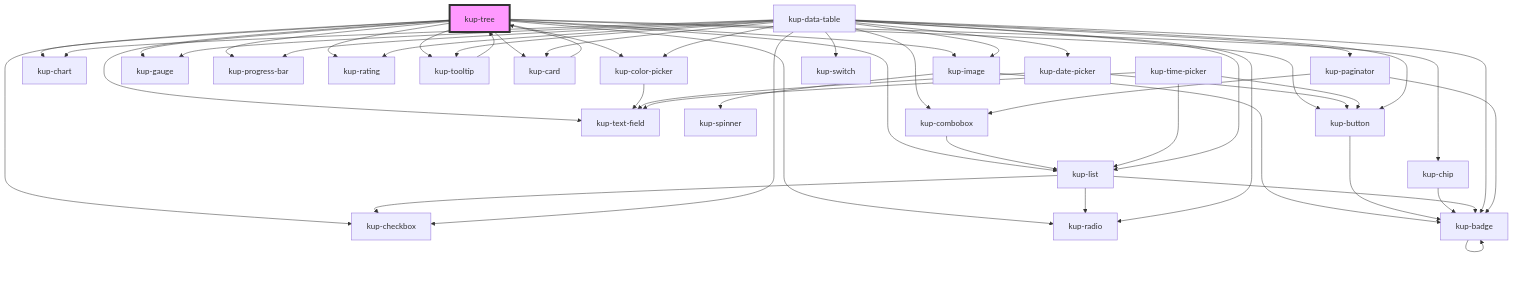
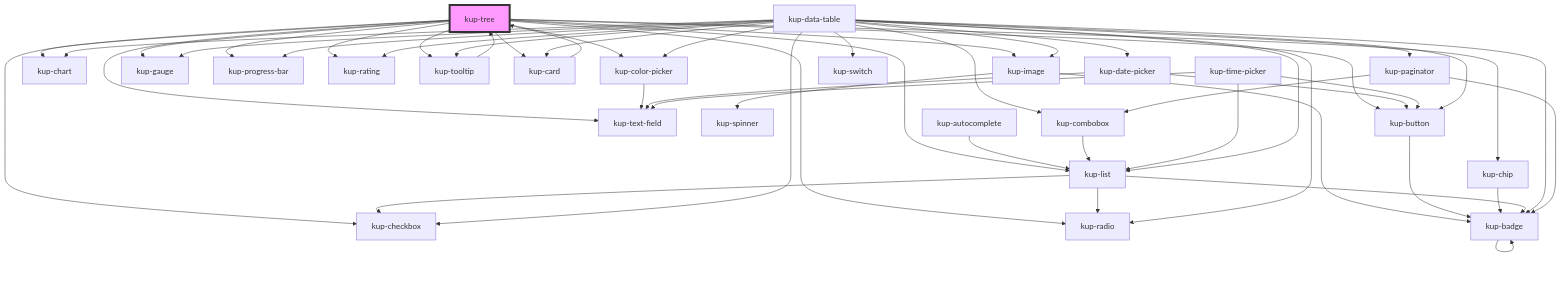
One commit to smeup/ketchup changed the diagram in packages/ketchup/src/components/kup-tree/readme.md. Above: the diagram before and after it, drawn with Mermaid. The commit also changed 12 other files, not shown here.

````diff
--- a/packages/ketchup/src/components/kup-tree/readme.md
+++ b/packages/ketchup/src/components/kup-tree/readme.md
@@ -199,54 +199,55 @@
 ```mermaid
 graph TD;
   kup-tree --> kup-image
   kup-tree --> kup-button
   kup-tree --> kup-chart
   kup-tree --> kup-checkbox
   kup-tree --> kup-chip
   kup-tree --> kup-color-picker
   kup-tree --> kup-gauge
   kup-tree --> kup-progress-bar
   kup-tree --> kup-rating
   kup-tree --> kup-radio
   kup-tree --> kup-tooltip
   kup-tree --> kup-list
   kup-tree --> kup-text-field
   kup-tree --> kup-card
   kup-image --> kup-spinner
   kup-image --> kup-badge
   kup-badge --> kup-badge
   kup-button --> kup-badge
   kup-chip --> kup-badge
   kup-color-picker --> kup-text-field
   kup-tooltip --> kup-tree
   kup-card --> kup-tree
-  kup-combobox --> kup-list
+  kup-autocomplete --> kup-list
   kup-list --> kup-radio
   kup-list --> kup-checkbox
   kup-list --> kup-badge
+  kup-combobox --> kup-list
   kup-date-picker --> kup-text-field
   kup-date-picker --> kup-button
   kup-time-picker --> kup-text-field
   kup-time-picker --> kup-button
   kup-time-picker --> kup-list
   kup-data-table --> kup-card
   kup-data-table --> kup-checkbox
   kup-data-table --> kup-tooltip
   kup-data-table --> kup-list
   kup-data-table --> kup-date-picker
   kup-data-table --> kup-image
   kup-data-table --> kup-button
   kup-data-table --> kup-chart
   kup-data-table --> kup-color-picker
   kup-data-table --> kup-gauge
   kup-data-table --> kup-progress-bar
   kup-data-table --> kup-rating
   kup-data-table --> kup-radio
   kup-data-table --> kup-paginator
   kup-data-table --> kup-switch
   kup-data-table --> kup-combobox
   kup-data-table --> kup-badge
   kup-paginator --> kup-combobox
   kup-paginator --> kup-badge
   style kup-tree fill:#f9f,stroke:#333,stroke-width:4px
 ```
````
